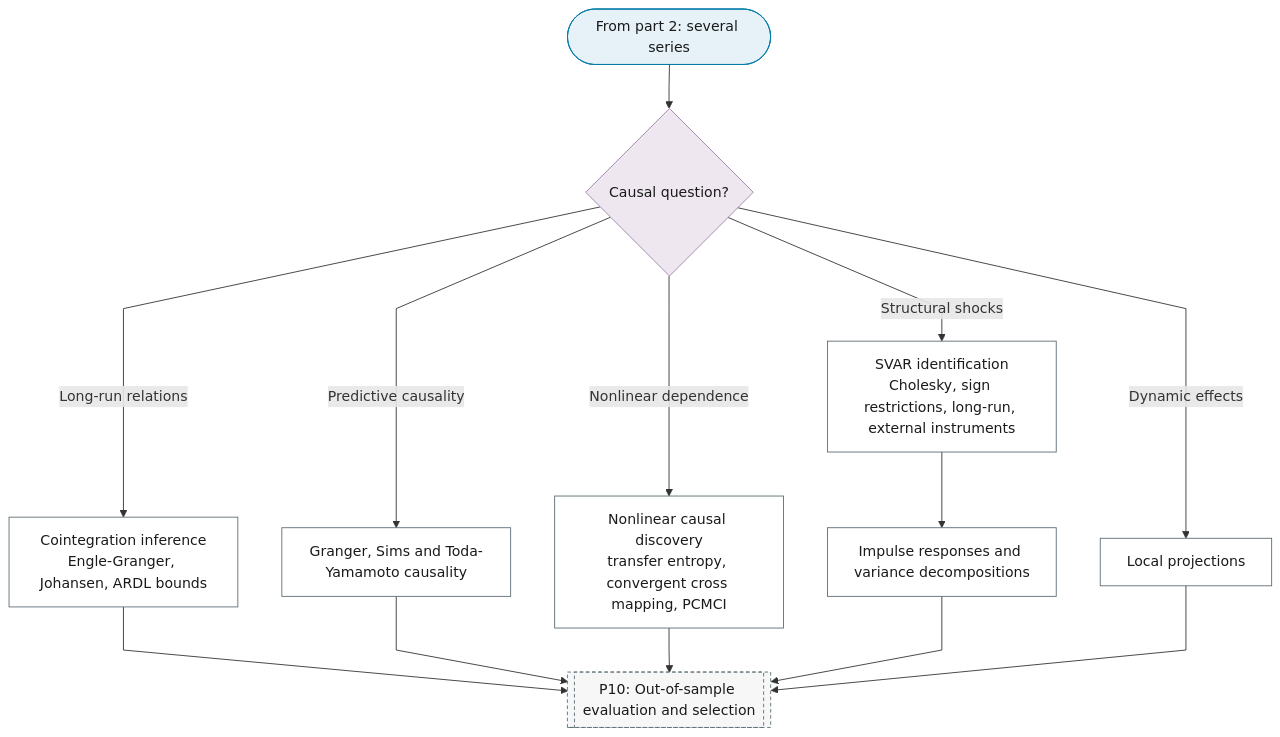
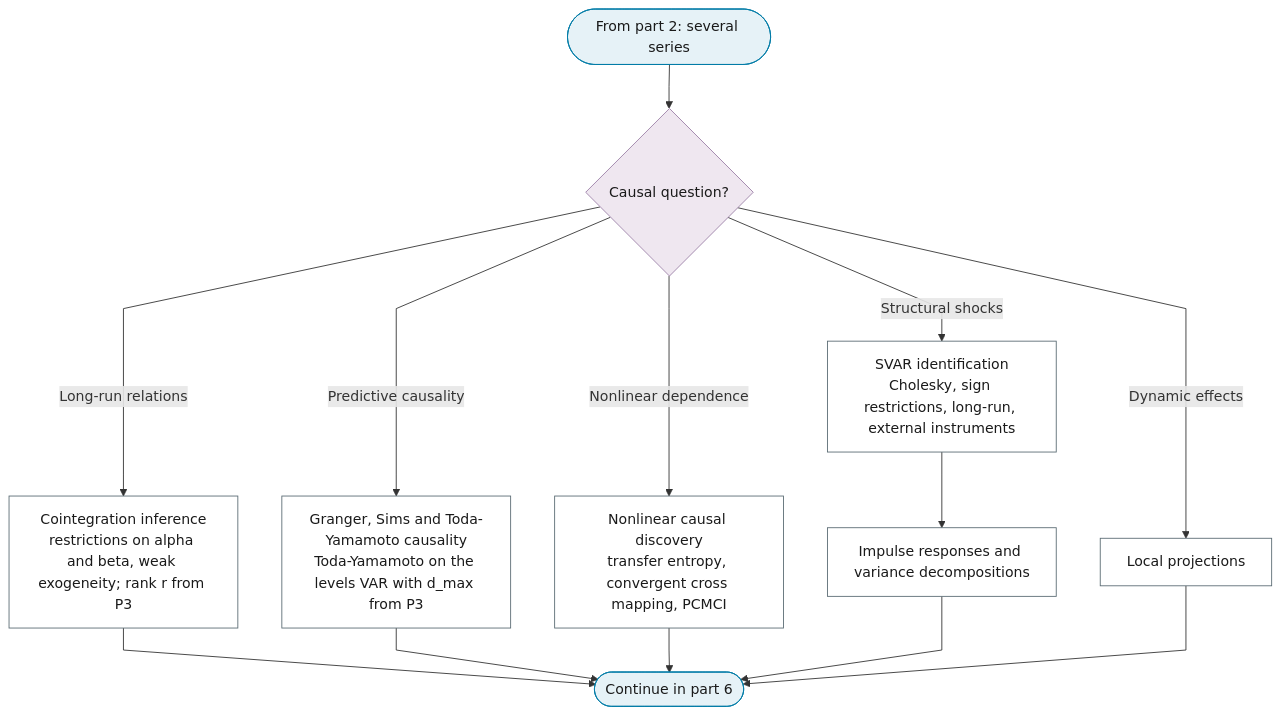
The third of 6 diagrams in docs/01-workflow/p11-inference.md (Shuxin-Y/time-series-analysis-manual), drawn with Mermaid before and after one commit. The commit also changed other lines of this file and 8 other files, not shown here.

First line of the commit message:
feat(p11,p12): issue the scored product, post-selection inference, drift by type

````diff
--- a/docs/01-workflow/p11-inference.md
+++ b/docs/01-workflow/p11-inference.md
@@ -80,25 +74,24 @@
 ```mermaid
 %%{init: {"flowchart": {"curve": "linear"}}}%%
 graph TD
     P11_PART_3_IN(["From part 2: several series"]) --> P11_CAUSAL_Q{"Causal question?"}
-    P11_CAUSAL_Q -->|"Long-run relations"| P11_COINTEGRATION["Cointegration inference<br/>Engle-Granger, Johansen, ARDL bounds"]
-    P11_CAUSAL_Q -->|"Predictive causality"| P11_GRANGER["Granger, Sims and Toda-Yamamoto causality"]
+    P11_CAUSAL_Q -->|"Long-run relations"| P11_COINTEGRATION["Cointegration inference<br/>restrictions on alpha and beta, weak exogeneity; rank r from P3"]
+    P11_CAUSAL_Q -->|"Predictive causality"| P11_GRANGER["Granger, Sims and Toda-Yamamoto causality<br/>Toda-Yamamoto on the levels VAR with d_max from P3"]
     P11_CAUSAL_Q -->|"Nonlinear dependence"| P11_NONLINEAR_CAUSALITY["Nonlinear causal discovery<br/>transfer entropy, convergent cross mapping, PCMCI"]
     P11_CAUSAL_Q -->|"Structural shocks"| P11_SVAR_IDENTIFICATION["SVAR identification<br/>Cholesky, sign restrictions, long-run, external instruments"]
     P11_CAUSAL_Q -->|"Dynamic effects"| P11_LOCAL_PROJECTIONS["Local projections"]
     P11_SVAR_IDENTIFICATION --> P11_IRF_FEVD["Impulse responses and variance decompositions"]
-    P11_COINTEGRATION & P11_GRANGER & P11_NONLINEAR_CAUSALITY --> P10
-    P11_IRF_FEVD & P11_LOCAL_PROJECTIONS --> P10[["P10: Out-of-sample evaluation and selection"]]
-    class P11_PART_3_IN terminator
+    P11_COINTEGRATION & P11_GRANGER & P11_NONLINEAR_CAUSALITY --> P11_PART_3_OUT
+    P11_IRF_FEVD & P11_LOCAL_PROJECTIONS --> P11_PART_3_OUT(["Continue in part 6"])
+    class P11_PART_3_IN,P11_PART_3_OUT terminator
     class P11_CAUSAL_Q decision
     class P11_COINTEGRATION,P11_GRANGER,P11_NONLINEAR_CAUSALITY,P11_SVAR_IDENTIFICATION,P11_LOCAL_PROJECTIONS,P11_IRF_FEVD process
-    class P10 ref
     classDef terminator fill:#E6F2F7,stroke:#007BA7,color:#1A1A1A;
     classDef process fill:#FFFFFF,stroke:#5A6B73,color:#1A1A1A;
     classDef decision fill:#EFE7F0,stroke:#9B7FA7,color:#1A1A1A;
     classDef data fill:#FFF4E0,stroke:#C9A55E,color:#1A1A1A;
     classDef good fill:#DCEFD8,stroke:#4A7A3F,color:#1A1A1A;
     classDef escalate fill:#FFE9C2,stroke:#C9A55E,color:#1A1A1A;
     classDef problem fill:#F2D9DE,stroke:#800020,color:#1A1A1A;
     classDef ref fill:#F7F7F7,stroke:#5A6B73,color:#1A1A1A,stroke-dasharray:4 3;
 ```
````
